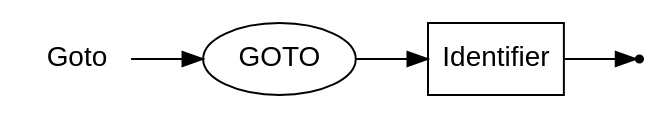
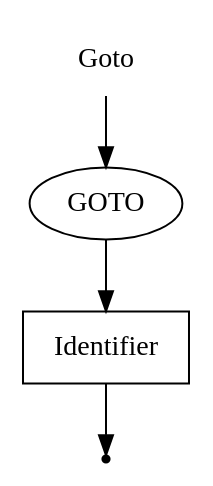
One commit to EgorGoluzin/DSL changed the diagram in DSLTools/examples/RBNFEXPRESSIONSTESTRULES/wirth/Goto.gv. Above: the diagram before and after it, drawn with Graphviz. The commit also changed 110 other files, not shown here.

```diff
--- a/DSLTools/examples/RBNFEXPRESSIONSTESTRULES/wirth/Goto.gv
+++ b/DSLTools/examples/RBNFEXPRESSIONSTESTRULES/wirth/Goto.gv
@@ -1,11 +1,9 @@
-digraph GOTO {
-  rankdir=LR;
-  node [fontname="Arial"];
+digraph Goto {
   start [label="Goto" shape=plaintext];
-  end [label="" shape=point];
   A [label="GOTO" shape=oval];
   B [label="Identifier" shape=box];
+  end [label="" shape=point];
   start -> A;
   A -> B;
   B -> end;
 }
```
